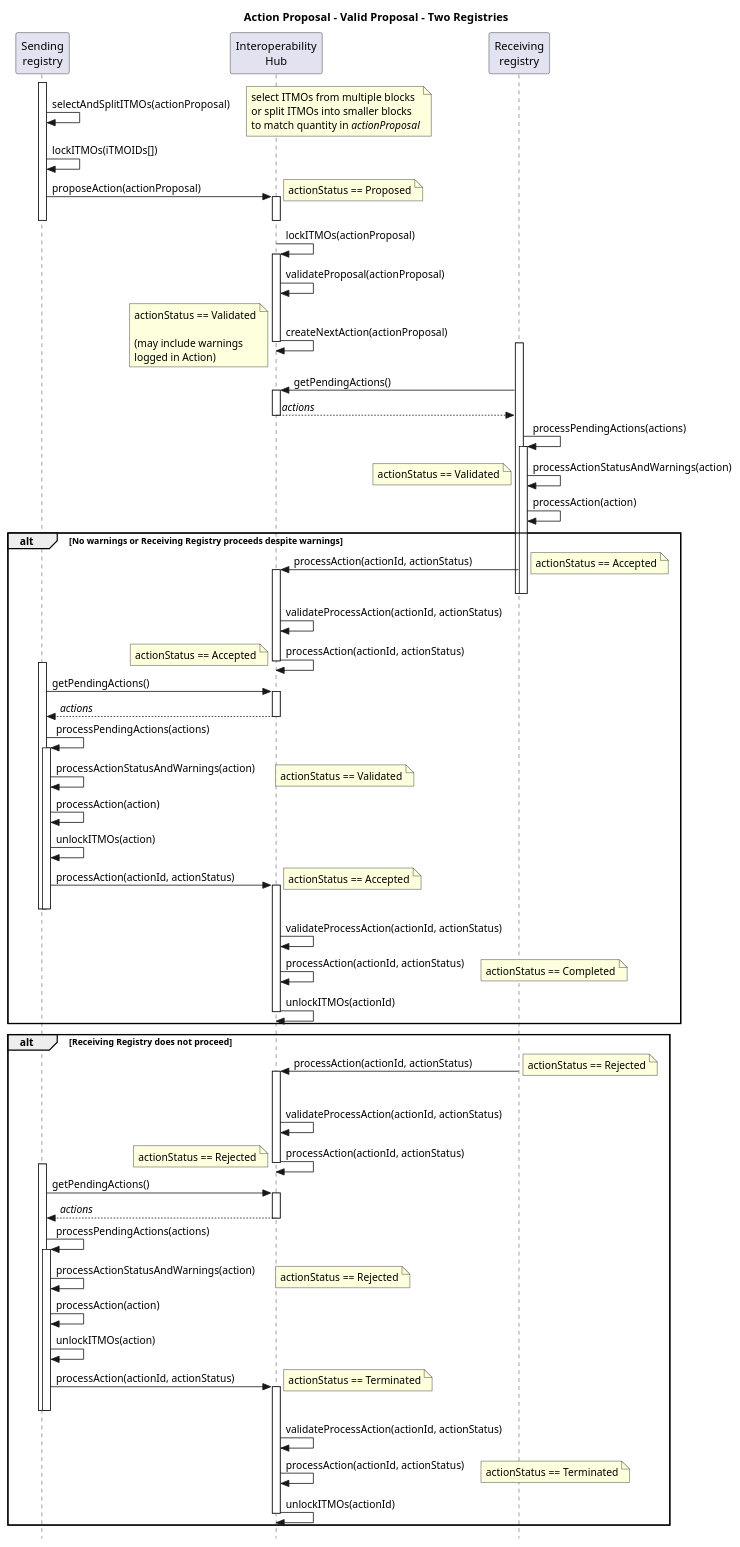
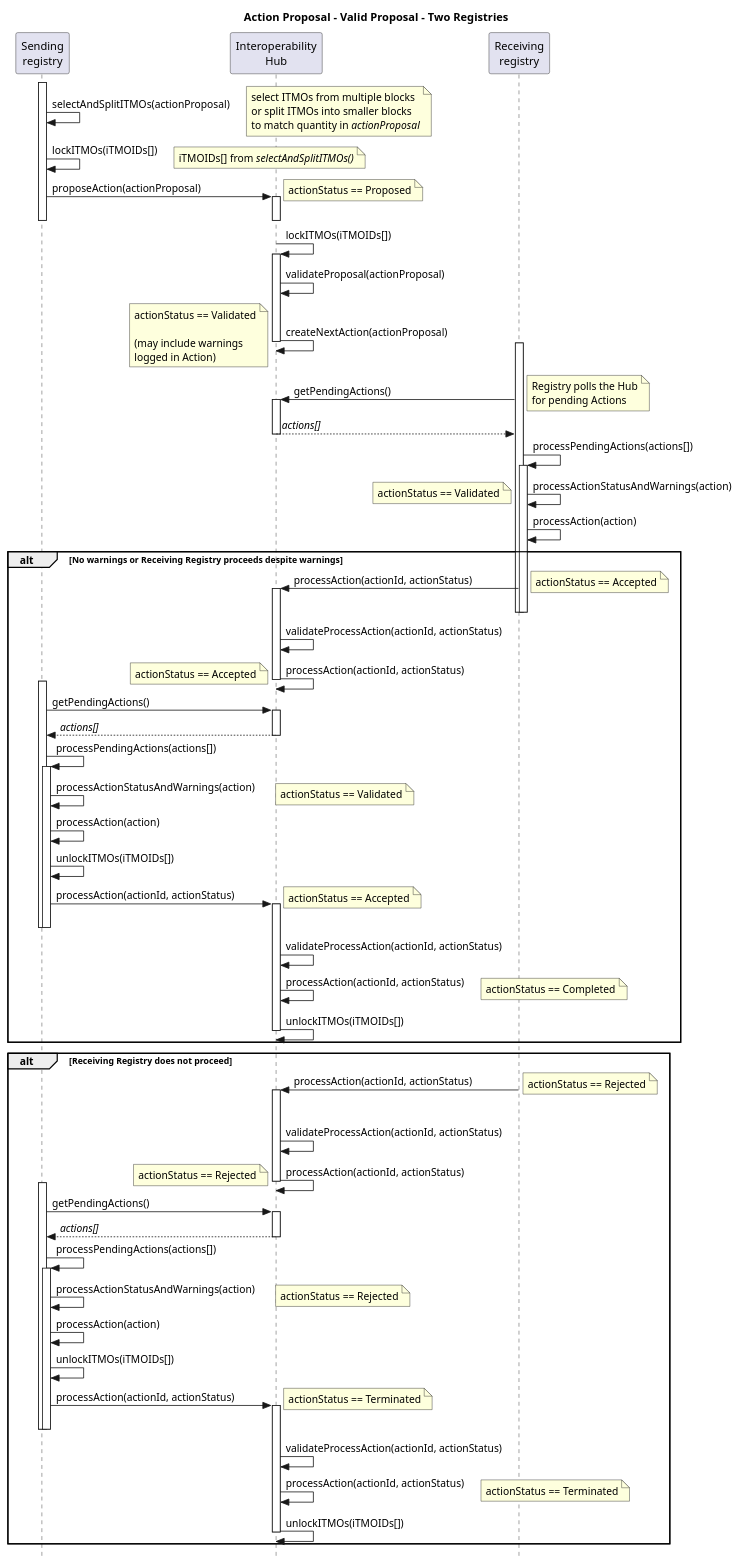
One commit to frankcnng/CARP changed the diagram in diagrams/actionProposal_Valid_TwoReg_Sequence.puml. Above: the diagram before and after it, drawn with PlantUML.

```diff
--- a/diagrams/actionProposal_Valid_TwoReg_Sequence.puml
+++ b/diagrams/actionProposal_Valid_TwoReg_Sequence.puml
@@ -1,108 +1,112 @@
 @startuml actionProposal_Valid_TwoReg_Sequence
 
 title Action Proposal - Valid Proposal - Two Registries
 
 skinparam style strictuml
 
 participant "Sending\nregistry" as Sender
 participant "Interoperability\nHub" as Hub
 participant "Receiving\nregistry" as Receiver
 
 activate Sender
 Sender -> Sender: selectAndSplitITMOs(actionProposal)
 note right: select ITMOs from multiple blocks\nor split ITMOs into smaller blocks\nto match quantity in //actionProposal//
 
 Sender -> Sender: lockITMOs(iTMOIDs[])
+note right: iTMOIDs[] from //selectAndSplitITMOs()//
+
 Sender -> Hub++ : proposeAction(actionProposal)
 note right: actionStatus == Proposed
+deactivate Sender
 deactivate Hub
-deactivate Sender
 
-Hub -> Hub++: lockITMOs(actionProposal)
+Hub -> Hub++: lockITMOs(iTMOIDs[])
 Hub -> Hub: validateProposal(actionProposal)
 Hub -> Hub--: createNextAction(actionProposal)
 note left: actionStatus == Validated\n\n(may include warnings\nlogged in Action)
 
 activate Receiver
 Receiver -> Hub++: getPendingActions()
-Receiver <-- Hub: //actions//
+  note right: Registry polls the Hub\nfor pending Actions
+  
+Receiver <-- Hub: //actions[]//
 deactivate Hub
 
-Receiver -> Receiver: processPendingActions(actions)
+Receiver -> Receiver: processPendingActions(actions[])
 activate Receiver
 Receiver -> Receiver: processActionStatusAndWarnings(action)
 note left: actionStatus == Validated
 Receiver -> Receiver: processAction(action)
 
 alt No warnings or Receiving Registry proceeds despite warnings
 
   Receiver -> Hub++: processAction(actionId, actionStatus)
   deactivate Receiver
   deactivate Receiver
   note right: actionStatus == Accepted
   Hub -> Hub: validateProcessAction(actionId, actionStatus)
   Hub -> Hub: processAction(actionId, actionStatus)
   note left: actionStatus == Accepted
   deactivate Hub
 
   activate Sender
   Sender -> Hub++ : getPendingActions()
-  Sender <-- Hub : //actions//
+  Sender <-- Hub : //actions[]//
   deactivate Hub
   
-  Sender -> Sender: processPendingActions(actions)
+  Sender -> Sender: processPendingActions(actions[])
   activate Sender
   Sender -> Sender: processActionStatusAndWarnings(action)
   note right: actionStatus == Validated
   Sender -> Sender: processAction(action)
-  Sender -> Sender: unlockITMOs(action)
+  Sender -> Sender: unlockITMOs(iTMOIDs[])
 
   Sender -> Hub++: processAction(actionId, actionStatus)
   note right: actionStatus == Accepted
   deactivate Sender
   deactivate Sender
   Hub -> Hub: validateProcessAction(actionId, actionStatus)
   Hub -> Hub: processAction(actionId, actionStatus)
   note right: actionStatus == Completed
-  Hub -> Hub--: unlockITMOs(actionId)
+  Hub -> Hub--: unlockITMOs(iTMOIDs[])
 
 end
 
 alt Receiving Registry does not proceed
 
   activate Receiver
   activate Receiver
   Receiver -> Hub++: processAction(actionId, actionStatus)
   note right: actionStatus == Rejected
   deactivate Receiver
   deactivate Receiver
   Hub -> Hub: validateProcessAction(actionId, actionStatus)
   Hub -> Hub: processAction(actionId, actionStatus)
   note left: actionStatus == Rejected
   deactivate Hub
 
   activate Sender
   Sender -> Hub++ : getPendingActions()
-  Sender <-- Hub: //actions//
+  Sender <-- Hub: //actions[]//
   deactivate Hub
   
-  Sender -> Sender: processPendingActions(actions)
+  Sender -> Sender: processPendingActions(actions[])
   activate Sender
   Sender -> Sender: processActionStatusAndWarnings(action)
   note right: actionStatus == Rejected
 
   Sender -> Sender: processAction(action)
-  Sender -> Sender: unlockITMOs(action)
+  Sender -> Sender: unlockITMOs(iTMOIDs[])
 
   Sender -> Hub++: processAction(actionId, actionStatus)
   note right: actionStatus == Terminated
   deactivate Sender
   deactivate Sender
   Hub -> Hub: validateProcessAction(actionId, actionStatus)
   Hub -> Hub: processAction(actionId, actionStatus)
   note right: actionStatus == Terminated
-  Hub -> Hub--: unlockITMOs(actionId)
+  Hub -> Hub--: unlockITMOs(iTMOIDs[])
 
 end
 
 @enduml
```
